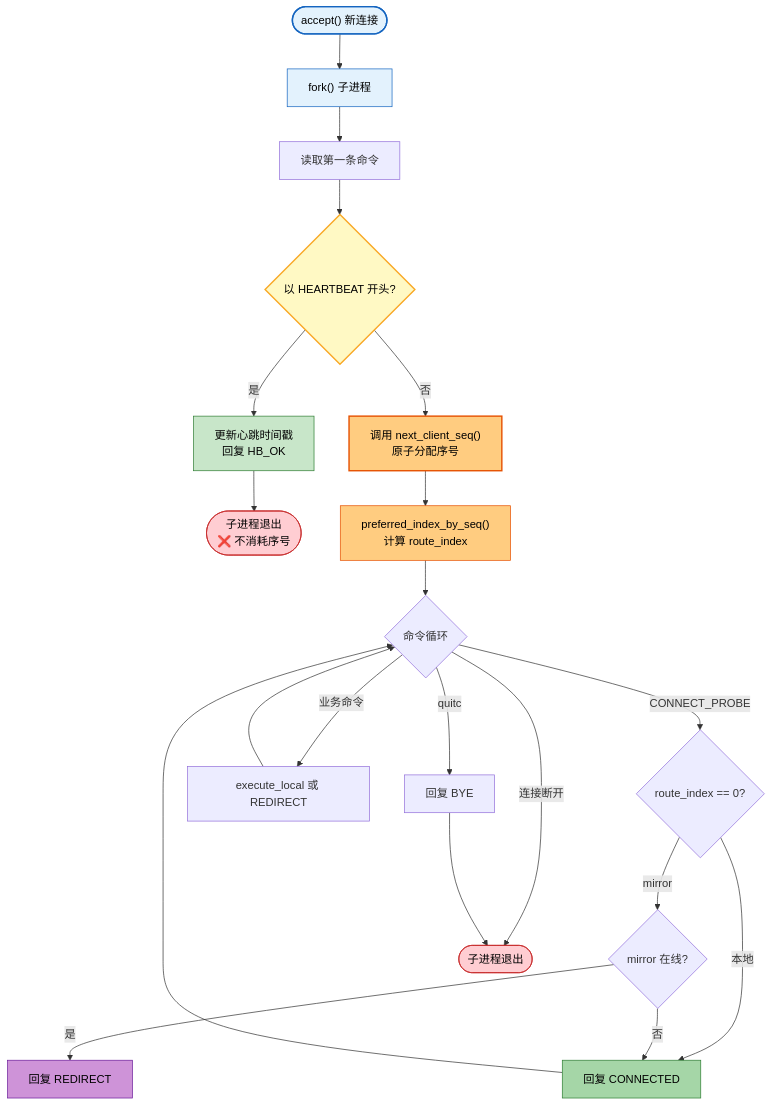
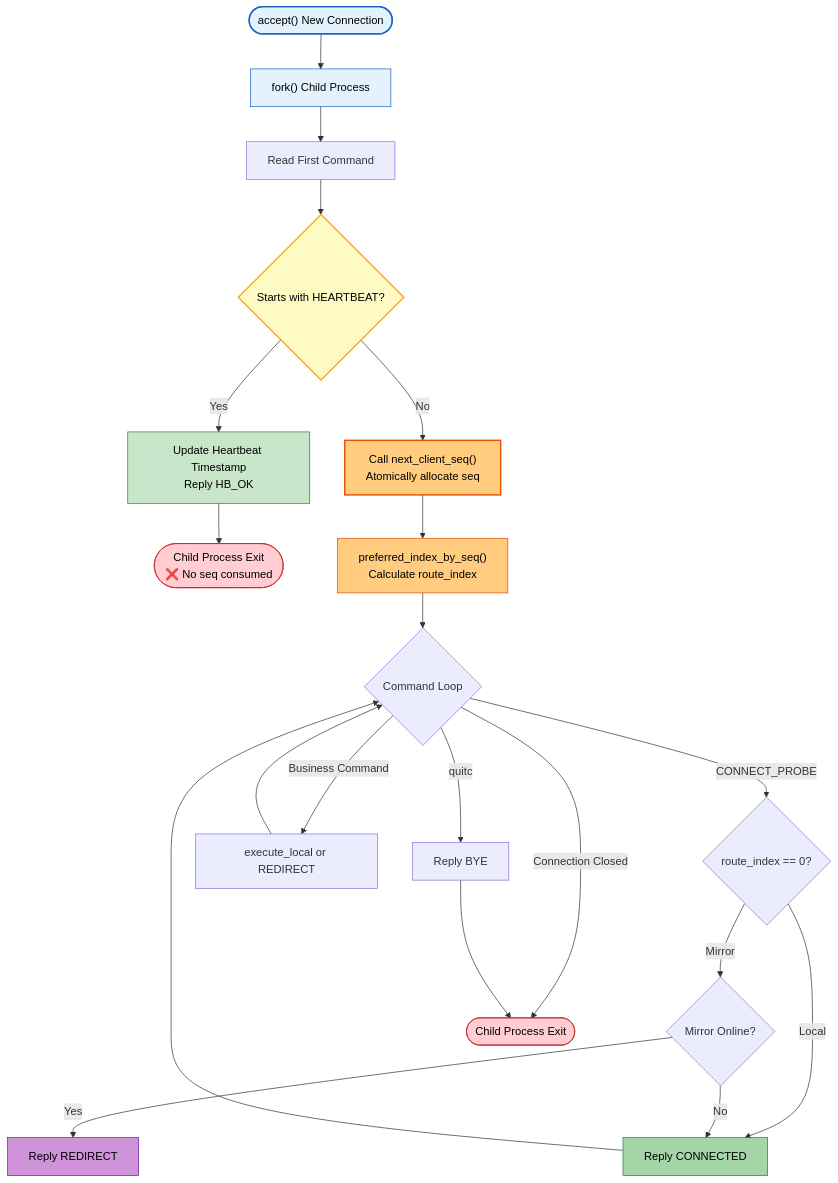
Before and after one commit to jianglei919/ASP_Group: the seventh of 7 diagrams in README.md, drawn with Mermaid. The commit also changed other lines of this file and 1 other file, not shown here.

````diff
--- a/README.md
+++ b/README.md
@@ -232,39 +232,39 @@
 ```mermaid
 flowchart TD
-    ACCEPT(["accept() 新连接"]) --> FORK["fork() 子进程"]
-    FORK --> READ["读取第一条命令"]
+    ACCEPT(["accept() New Connection"]) --> FORK["fork() Child Process"]
+    FORK --> READ["Read First Command"]
 
-    READ --> IS_HB{"以 HEARTBEAT 开头?"}
+    READ --> IS_HB{"Starts with HEARTBEAT?"}
 
-    IS_HB -->|"是"| HB_PROC["更新心跳时间戳<br/>回复 HB_OK"]
-    HB_PROC --> EXIT1(["子进程退出<br/>❌ 不消耗序号"])
+    IS_HB -->|"Yes"| HB_PROC["Update Heartbeat Timestamp<br/>Reply HB_OK"]
+    HB_PROC --> EXIT1(["Child Process Exit<br/>❌ No seq consumed"])
 
-    IS_HB -->|"否"| ALLOC["调用 next_client_seq()<br/>原子分配序号"]
-    ALLOC --> ROUTE["preferred_index_by_seq()<br/>计算 route_index"]
-    ROUTE --> CMD_LOOP{"命令循环"}
+    IS_HB -->|"No"| ALLOC["Call next_client_seq()<br/>Atomically allocate seq"]
+    ALLOC --> ROUTE["preferred_index_by_seq()<br/>Calculate route_index"]
+    ROUTE --> CMD_LOOP{"Command Loop"}
 
     CMD_LOOP -->|"CONNECT_PROBE"| DECIDE{"route_index == 0?"}
-    DECIDE -->|"本地"| CONNECTED["回复 CONNECTED"]
-    DECIDE -->|"mirror"| CHECK_ONLINE{"mirror 在线?"}
-    CHECK_ONLINE -->|"是"| REDIRECT["回复 REDIRECT"]
-    CHECK_ONLINE -->|"否"| CONNECTED
+    DECIDE -->|"Local"| CONNECTED["Reply CONNECTED"]
+    DECIDE -->|"Mirror"| CHECK_ONLINE{"Mirror Online?"}
+    CHECK_ONLINE -->|"Yes"| REDIRECT["Reply REDIRECT"]
+    CHECK_ONLINE -->|"No"| CONNECTED
 
-    CMD_LOOP -->|"业务命令"| BIZ["execute_local 或 REDIRECT"]
-    CMD_LOOP -->|"quitc"| BYE_RESP["回复 BYE"]
-    CMD_LOOP -->|"连接断开"| EXIT2(["子进程退出"])
+    CMD_LOOP -->|"Business Command"| BIZ["execute_local or REDIRECT"]
+    CMD_LOOP -->|"quitc"| BYE_RESP["Reply BYE"]
+    CMD_LOOP -->|"Connection Closed"| EXIT2(["Child Process Exit"])
     BYE_RESP --> EXIT2
 
     CONNECTED --> CMD_LOOP
     BIZ --> CMD_LOOP
 
     style ACCEPT fill:#E3F2FD,stroke:#1565C0,stroke-width:2px,color:#000
     style FORK fill:#E3F2FD,stroke:#1565C0,stroke-width:1px,color:#000
     style IS_HB fill:#FFF9C4,stroke:#F9A825,stroke-width:2px,color:#000
     style HB_PROC fill:#C8E6C9,stroke:#2E7D32,stroke-width:1px,color:#000
     style EXIT1 fill:#FFCDD2,stroke:#C62828,stroke-width:1px,color:#000
     style ALLOC fill:#FFCC80,stroke:#E65100,stroke-width:2px,color:#000
     style ROUTE fill:#FFCC80,stroke:#E65100,stroke-width:1px,color:#000
     style CONNECTED fill:#A5D6A7,stroke:#2E7D32,stroke-width:1px,color:#000
     style REDIRECT fill:#CE93D8,stroke:#6A1B9A,stroke-width:1px,color:#000
     style EXIT2 fill:#FFCDD2,stroke:#C62828,stroke-width:1px,color:#000
 ```
````
